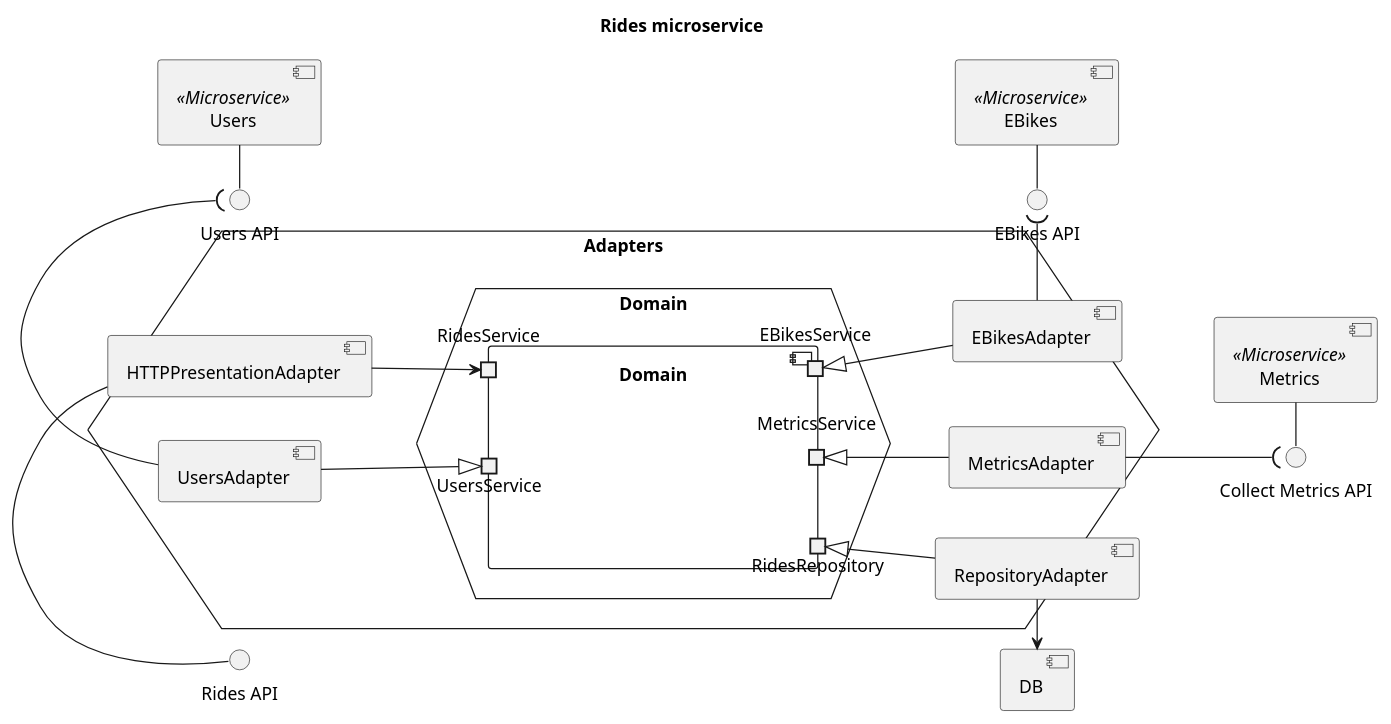
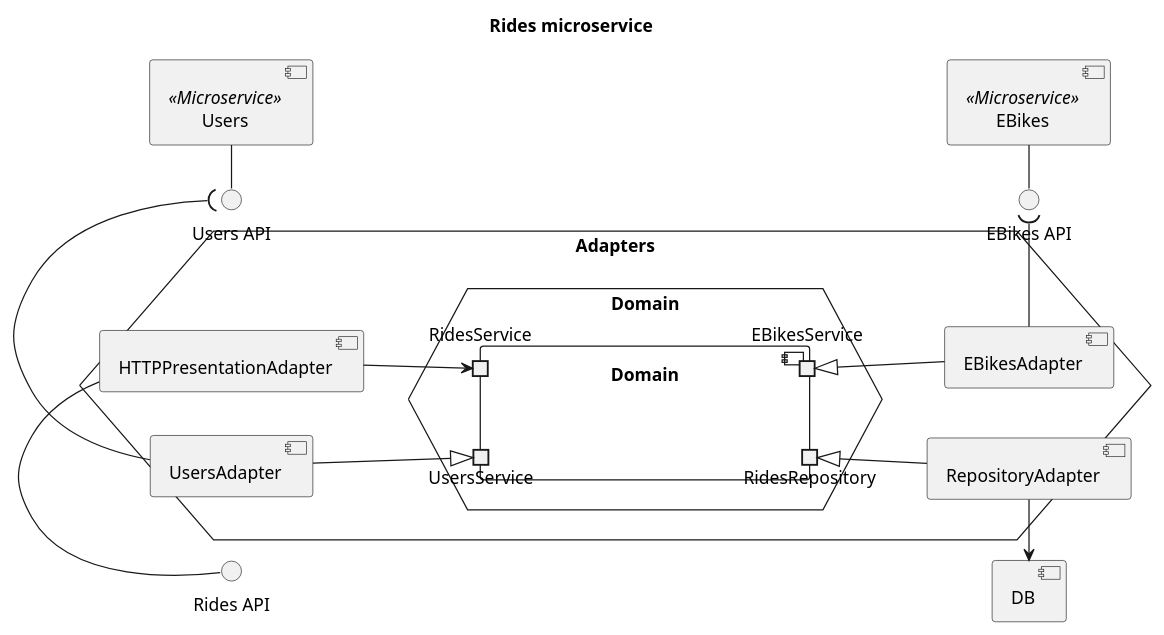
Before and after one commit to Ventus218/SAP-assignment-03: the diagram in doc/diagrams/src/rides-components.puml, drawn with PlantUML. The commit also changed 16 other files, not shown here.

Commit message:
removed stuff about metrics service from doc

```diff
--- a/doc/diagrams/src/rides-components.puml
+++ b/doc/diagrams/src/rides-components.puml
@@ -1,55 +1,46 @@
 @startuml rides-components
 
 title "Rides microservice"
 
 left to right direction
 
 component "DB"
 interface "Rides API" as RidesAPI
 interface "EBikes API" as EBikesAPI
 interface "Users API" as UsersAPI
-interface "Collect Metrics API" as CollectMetricsAPI
 
 hexagon Adapters {
     hexagon Domain as DomainHex {
         component Domain {
             'ports in or out are just used for layout purposes and do not have any semantic'
             portin UsersService
             portin RidesService
             portout "RidesRepository" as Repo
-            portout MetricsService
             portout EBikesService
         }
     }
 
     component "RepositoryAdapter" as RepoAdapter
     RepoAdapter -l-> DB
     RepoAdapter -u-|> Repo
-
-    component MetricsAdapter
-    MetricsAdapter -u-|> MetricsService
-    MetricsAdapter --( CollectMetricsAPI
 
     component EBikesAdapter
     EBikesAdapter -r-( EBikesAPI
     EBikesAdapter -u-|> EBikesService
 
     component "HTTPPresentationAdapter" as HTTPAdapter
     HTTPAdapter -l-() RidesAPI
     HTTPAdapter -d-> RidesService
 
     component UsersAdapter
     UsersAdapter -r-( UsersAPI
     UsersAdapter -d-|> UsersService
 }
 
 component "EBikes" as EBikes <<Microservice>>
 EBikes -r-() EBikesAPI
 
 component "Users" as Users <<Microservice>>
 Users -r-() UsersAPI
 
-component "Metrics" as Metrics <<Microservice>>
-Metrics -r-() CollectMetricsAPI
-
 @enduml
```
